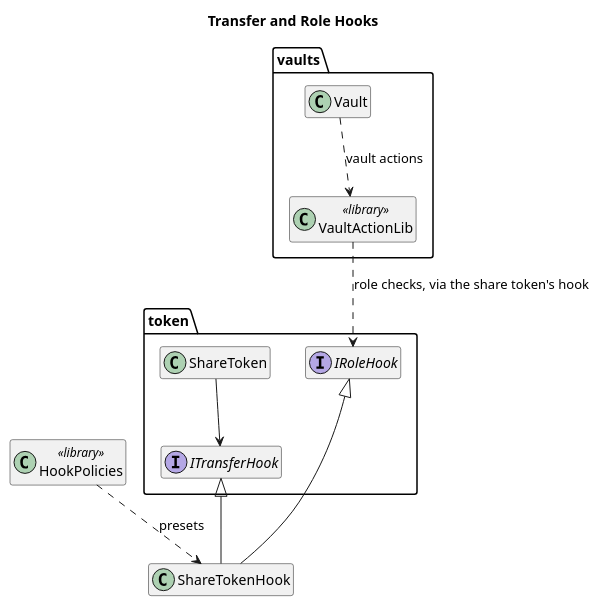
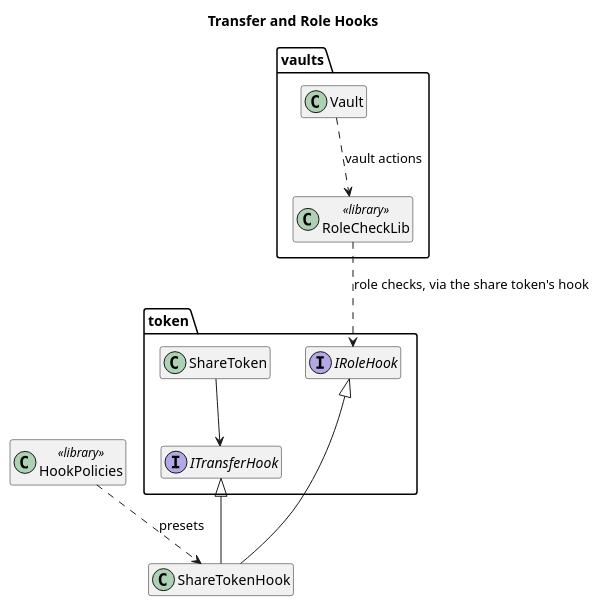
The diagram in docs/architecture/hooks.puml (centrifuge/protocol), drawn with PlantUML before and after one commit. The commit also changed 118 other files, not shown here.

```diff
--- a/docs/architecture/hooks.puml
+++ b/docs/architecture/hooks.puml
@@ -1,28 +1,28 @@
 @startuml hooks
 title Transfer and Role Hooks
 hide empty members
 
 package token {
     class ShareToken
     interface ITransferHook
     interface IRoleHook
 }
 
 package vaults {
     class Vault
-    class VaultActionLib <<library>>
+    class RoleCheckLib <<library>>
 }
 
 class ShareTokenHook
 class HookPolicies <<library>>
 
 HookPolicies ..> ShareTokenHook : presets
 ShareTokenHook -up-|> ITransferHook
 ShareTokenHook -up-|> IRoleHook
 
 
 ShareToken --> ITransferHook
-Vault ..> VaultActionLib : vault actions
-VaultActionLib ..> IRoleHook : role checks, via the share token's hook
+Vault ..> RoleCheckLib : vault actions
+RoleCheckLib ..> IRoleHook : role checks, via the share token's hook
 
 @enduml
```
